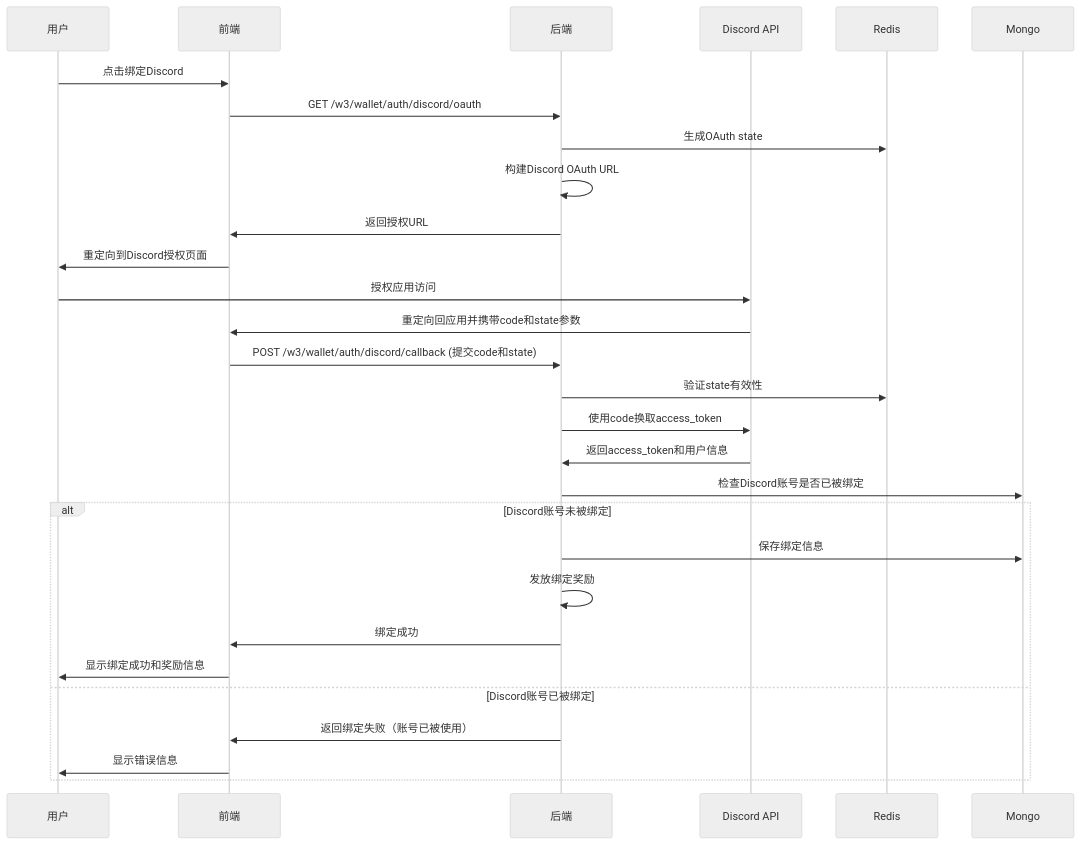
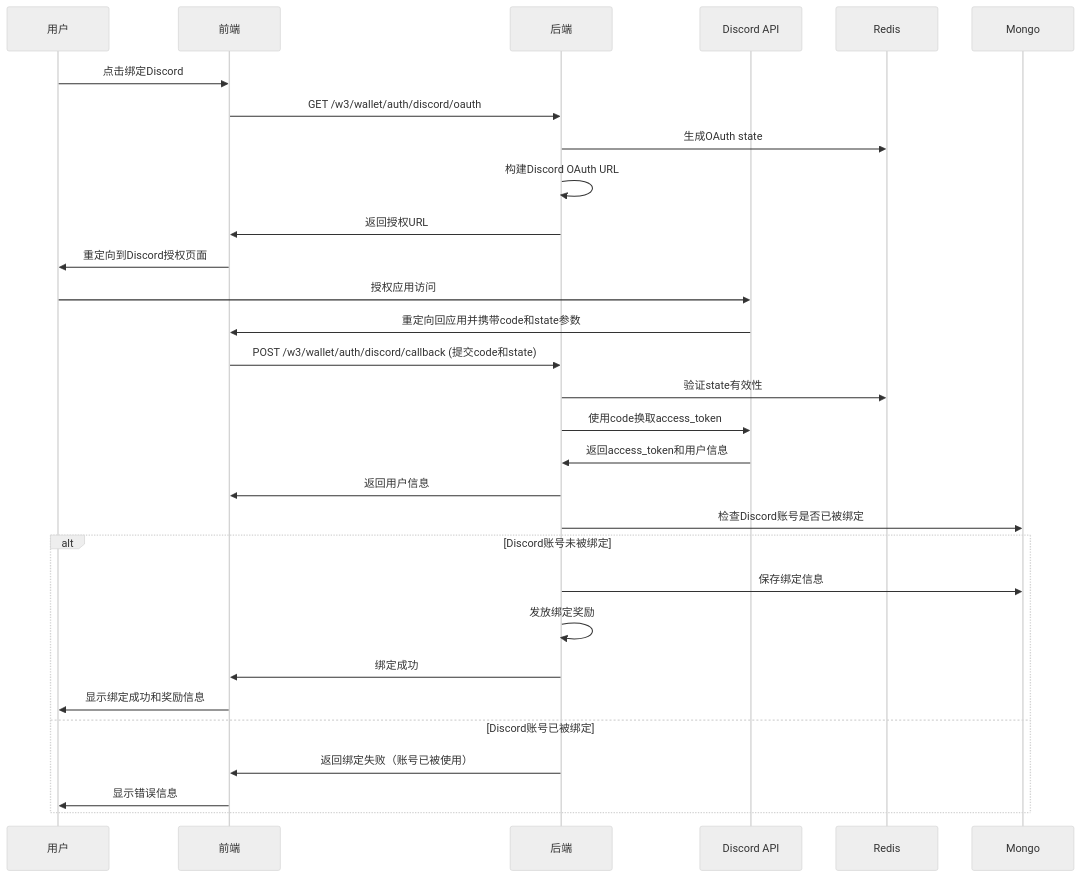
Before and after one commit to yingjianzh/iodraw-files: the diagram in all/未命名-73.md, drawn with Mermaid (neutral theme).

Commit message:
2025-07-07 10:57:31 update

````diff
--- a/all/未命名-73.md
+++ b/all/未命名-73.md
@@ -1,37 +1,38 @@
 ```mermaid
 
 sequenceDiagram
     participant User as 用户
     participant Frontend as 前端
     participant Backend as 后端
     participant Discord as Discord API
     participant Redis as Redis
     participant DB as Mongo
 
 
     User->>Frontend: 点击绑定Discord
     Frontend->>Backend: GET /w3/wallet/auth/discord/oauth
     Backend->>Redis: 生成OAuth state
     Backend->>Backend: 构建Discord OAuth URL
     Backend->>Frontend: 返回授权URL
     Frontend->>User: 重定向到Discord授权页面
     
     User->>Discord: 授权应用访问
     Discord->>Frontend: 重定向回应用并携带code和state参数
     Frontend->>Backend: POST /w3/wallet/auth/discord/callback (提交code和state)
     Backend->>Redis: 验证state有效性
     Backend->>Discord: 使用code换取access_token
     Discord->>Backend: 返回access_token和用户信息
+    Backend->>Frontend: 返回用户信息
     Backend->>DB: 检查Discord账号是否已被绑定
     
     alt Discord账号未被绑定
         Backend->>DB: 保存绑定信息
         Backend->>Backend: 发放绑定奖励
         Backend->>Frontend: 绑定成功
         Frontend->>User: 显示绑定成功和奖励信息
     else Discord账号已被绑定
         Backend->>Frontend: 返回绑定失败（账号已被使用）
         Frontend->>User: 显示错误信息
     end
 
 ```
````
